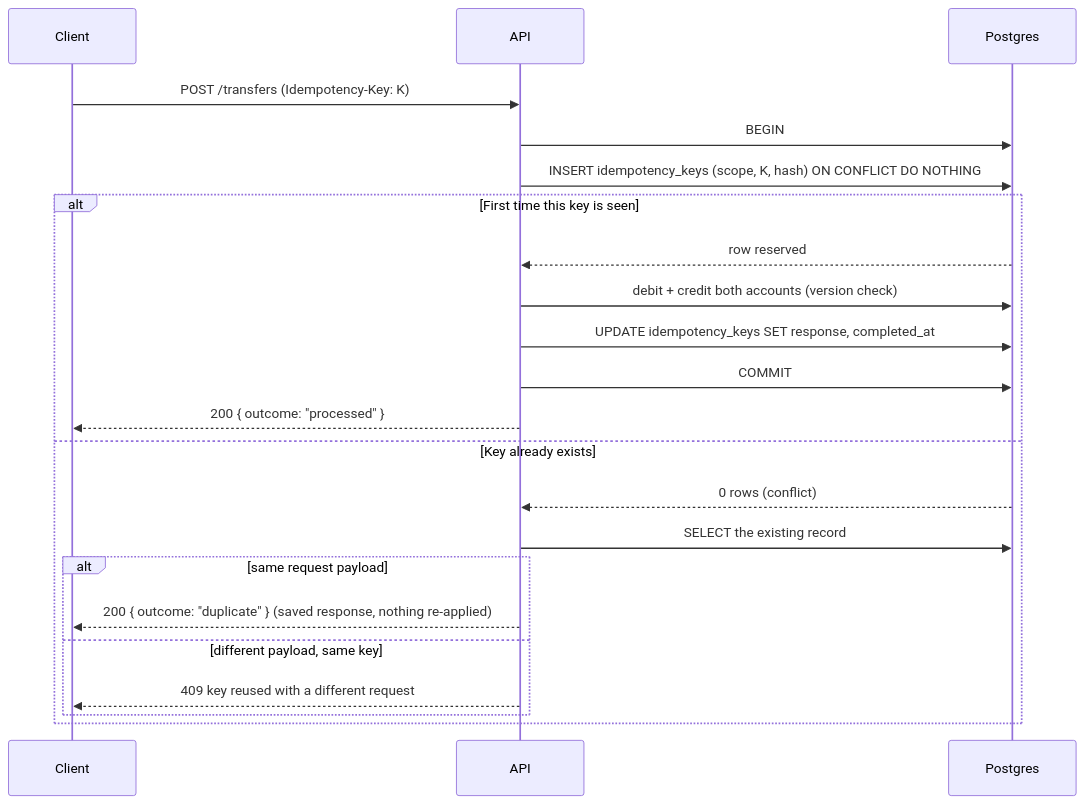
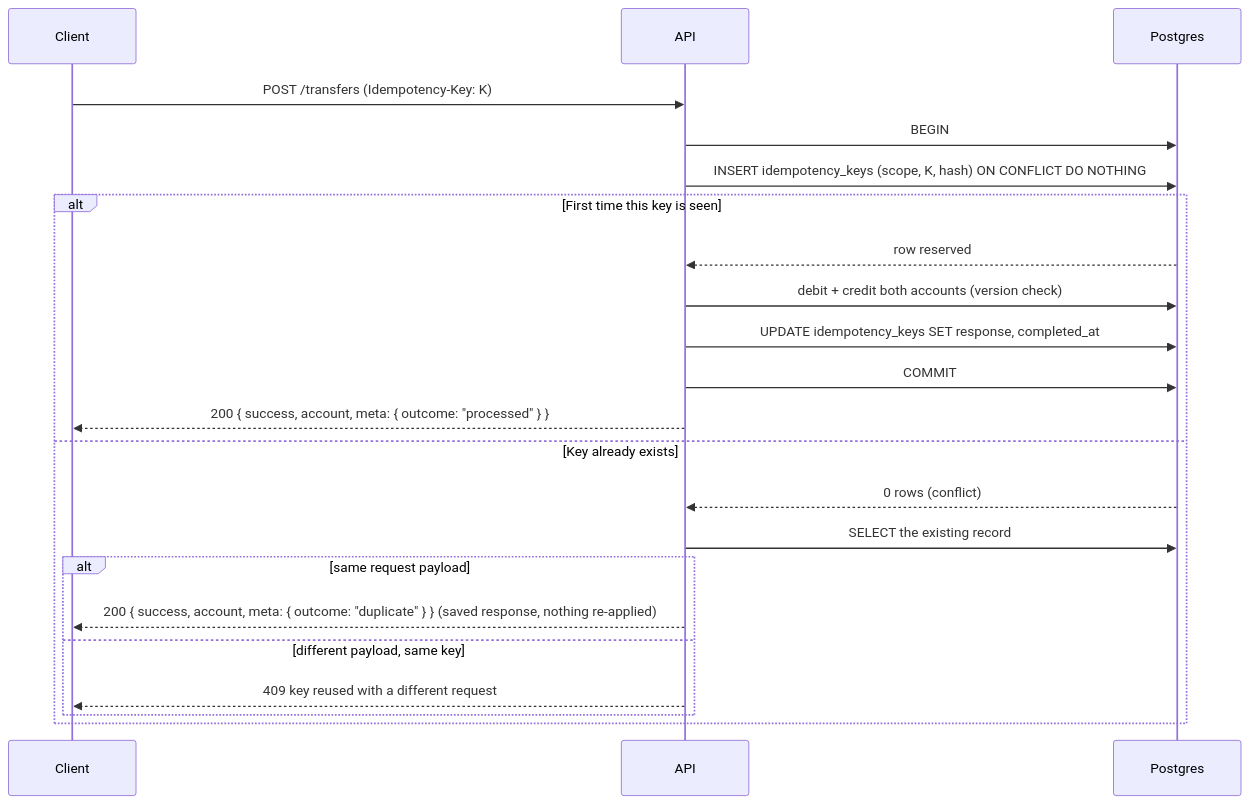
The first of 2 diagrams in README.md (gianluca-pettenon/idempotent-ledger), drawn with Mermaid before and after one commit. The commit also changed other lines of this file, not shown here.

````diff
--- a/README.md
+++ b/README.md
@@ -5,25 +5,25 @@
 ```mermaid
 sequenceDiagram
     participant C as Client
     participant A as API
     participant P as Postgres
 
     C->>A: POST /transfers (Idempotency-Key: K)
     A->>P: BEGIN
     A->>P: INSERT idempotency_keys (scope, K, hash) ON CONFLICT DO NOTHING
     alt First time this key is seen
         P-->>A: row reserved
         A->>P: debit + credit both accounts (version check)
         A->>P: UPDATE idempotency_keys SET response, completed_at
         A->>P: COMMIT
-        A-->>C: 200 { outcome: "processed" }
+        A-->>C: 200 { success, account, meta: { outcome: "processed" } }
     else Key already exists
         P-->>A: 0 rows (conflict)
         A->>P: SELECT the existing record
         alt same request payload
-            A-->>C: 200 { outcome: "duplicate" } (saved response, nothing re-applied)
+            A-->>C: 200 { success, account, meta: { outcome: "duplicate" } } (saved response, nothing re-applied)
         else different payload, same key
             A-->>C: 409 key reused with a different request
         end
     end
 ```
````
